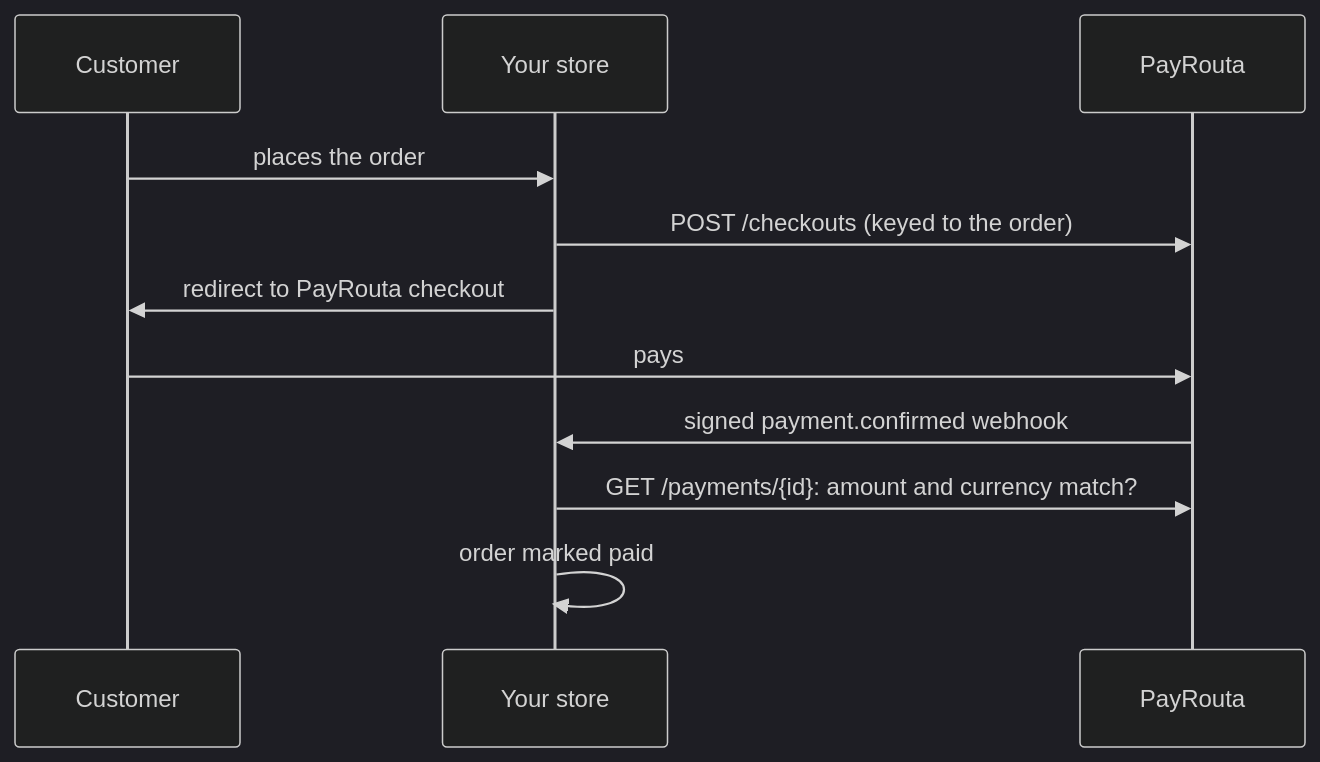
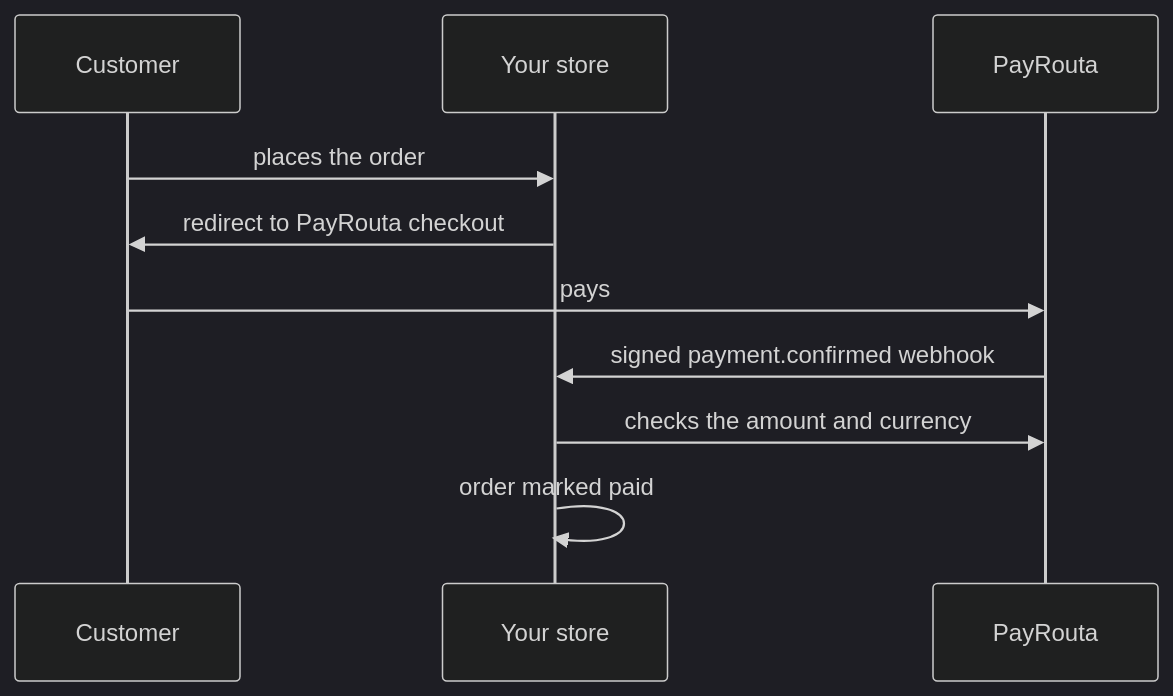
The diagram in mintlify/platforms/woocommerce.mdx (hackcat29/PayRouta), drawn with Mermaid (dark theme) before and after one commit. The commit also changed other lines of this file and 7 other files, not shown here.

````diff
--- a/mintlify/platforms/woocommerce.mdx
+++ b/mintlify/platforms/woocommerce.mdx
@@ -10,13 +12,12 @@
 ```mermaid
 sequenceDiagram
   participant C as Customer
   participant W as Your store
   participant P as PayRouta
   C->>W: places the order
-  W->>P: POST /checkouts (keyed to the order)
   W->>C: redirect to PayRouta checkout
   C->>P: pays
   P->>W: signed payment.confirmed webhook
-  W->>P: GET /payments/{id}: amount and currency match?
+  W->>P: checks the amount and currency
   W->>W: order marked paid
 ```
````
